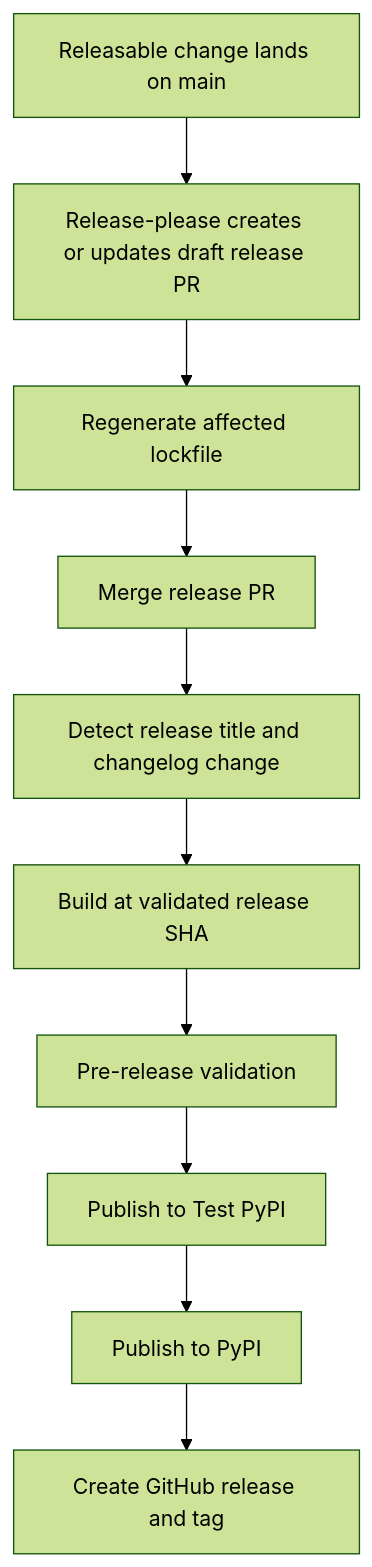
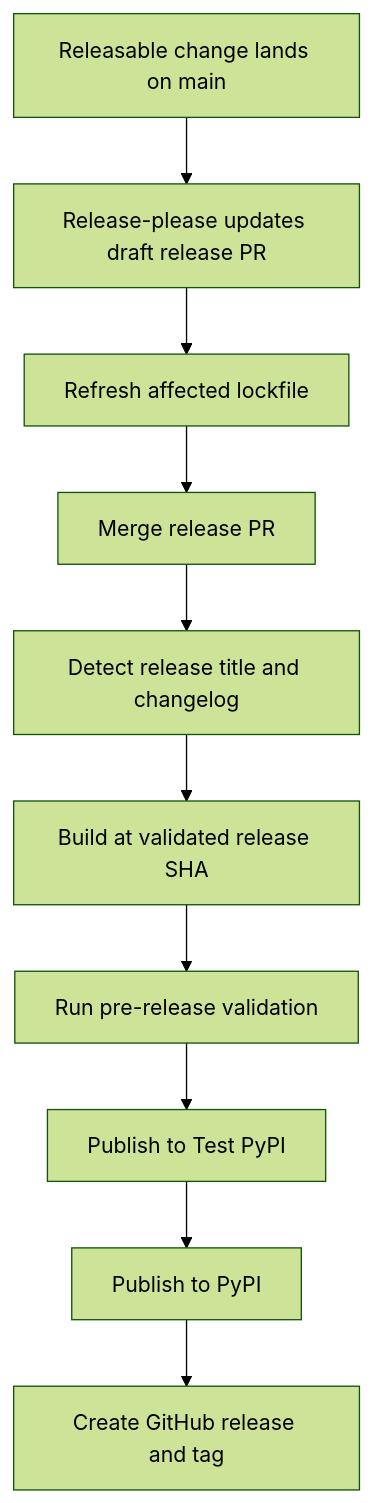
Before and after one commit to langchain-ai/deepagents: the second of 3 diagrams in openwiki/operations/development.md, drawn with Mermaid (forest theme). The commit also changed other lines of this file and 39 other files, not shown here.

````diff
--- a/openwiki/operations/development.md
+++ b/openwiki/operations/development.md
@@ -183,12 +145,12 @@
 ```mermaid
 flowchart TD
-    Main["Releasable change lands on main"] --> ReleasePR["Release-please creates or updates draft release PR"]
-    ReleasePR --> Lock["Regenerate affected lockfile"]
+    Main["Releasable change lands on main"] --> ReleasePR["Release-please updates draft release PR"]
+    ReleasePR --> Lock["Refresh affected lockfile"]
     Lock --> Merge["Merge release PR"]
-    Merge --> Detect["Detect release title and changelog change"]
+    Merge --> Detect["Detect release title and changelog"]
     Detect --> Build["Build at validated release SHA"]
-    Build --> Checks["Pre-release validation"]
+    Build --> Checks["Run pre-release validation"]
     Checks --> TestPyPI["Publish to Test PyPI"]
     TestPyPI --> PyPI["Publish to PyPI"]
     PyPI --> Tag["Create GitHub release and tag"]
 ```
````
